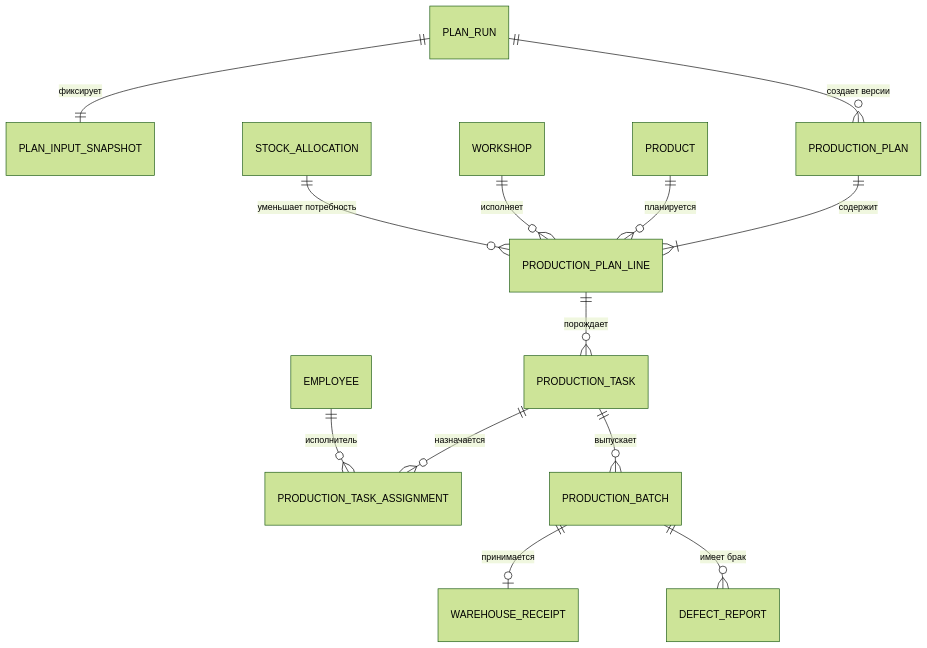
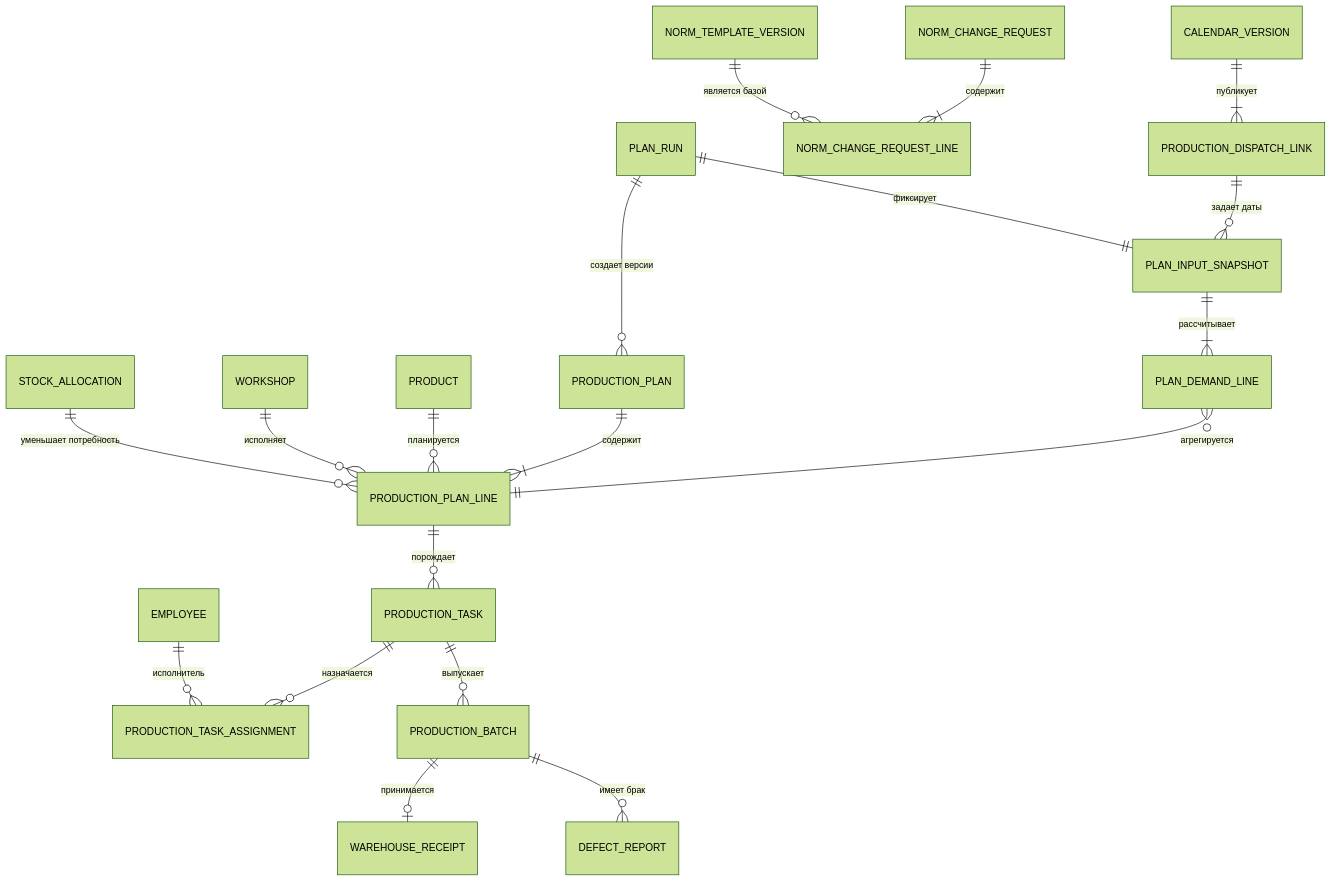
Before and after one commit to movsark/tashkalinskaya-control: the third of 5 diagrams in docs/ER_MODEL.md, drawn with Mermaid (forest theme). The commit also changed other lines of this file and 9 other files, not shown here.

````diff
--- a/docs/ER_MODEL.md
+++ b/docs/ER_MODEL.md
@@ -89,15 +89,21 @@
 ```mermaid
 erDiagram
+    CALENDAR_VERSION ||--|{ PRODUCTION_DISPATCH_LINK : "публикует"
+    PRODUCTION_DISPATCH_LINK ||--o{ PLAN_INPUT_SNAPSHOT : "задает даты"
+    NORM_CHANGE_REQUEST ||--|{ NORM_CHANGE_REQUEST_LINE : "содержит"
+    NORM_TEMPLATE_VERSION ||--o{ NORM_CHANGE_REQUEST_LINE : "является базой"
     PLAN_RUN ||--|| PLAN_INPUT_SNAPSHOT : "фиксирует"
     PLAN_RUN ||--o{ PRODUCTION_PLAN : "создает версии"
+    PLAN_INPUT_SNAPSHOT ||--|{ PLAN_DEMAND_LINE : "рассчитывает"
+    PLAN_DEMAND_LINE }o--|| PRODUCTION_PLAN_LINE : "агрегируется"
     PRODUCTION_PLAN ||--|{ PRODUCTION_PLAN_LINE : "содержит"
     PRODUCT ||--o{ PRODUCTION_PLAN_LINE : "планируется"
     WORKSHOP ||--o{ PRODUCTION_PLAN_LINE : "исполняет"
     STOCK_ALLOCATION ||--o{ PRODUCTION_PLAN_LINE : "уменьшает потребность"
     PRODUCTION_PLAN_LINE ||--o{ PRODUCTION_TASK : "порождает"
     PRODUCTION_TASK ||--o{ PRODUCTION_TASK_ASSIGNMENT : "назначается"
     EMPLOYEE ||--o{ PRODUCTION_TASK_ASSIGNMENT : "исполнитель"
     PRODUCTION_TASK ||--o{ PRODUCTION_BATCH : "выпускает"
     PRODUCTION_BATCH ||--o| WAREHOUSE_RECEIPT : "принимается"
     PRODUCTION_BATCH ||--o{ DEFECT_REPORT : "имеет брак"
 ```
````
